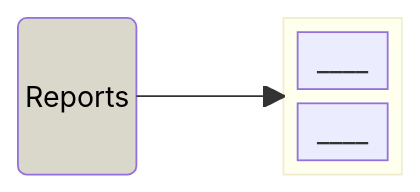
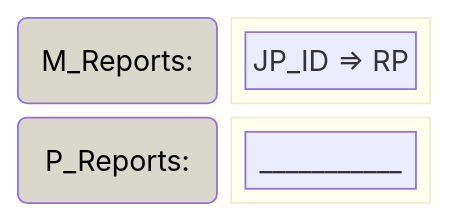
The fourth of 6 diagrams in docs/slidev/slides/Workflow-2.0.md (duclos-cavalcanti/TreeBuilder), drawn with Mermaid before and after one commit. The commit also changed other lines of this file and 4 other files, not shown here.

````diff
--- a/docs/slidev/slides/Workflow-2.0.md
+++ b/docs/slidev/slides/Workflow-2.0.md
@@ -87,14 +91,18 @@
 ```mermaid
 block-beta
-    R("<font color=black>Reports")
-    space
-    block:items
+    columns 2
+    RM("<font color=black>M_Reports:")
+    block:mitems
         columns 1
-        A["____"] 
-        B["____"] 
+        A["JP_ID => RP"] 
     end
 
-    R --> items
+    RP("<font color=black>P_Reports:")
+    block:pitems
+        columns 1
+        B["___________"] 
+    end
 
-    style R fill:#DAD7CB
+    style RM fill:#DAD7CB
+    style RP fill:#DAD7CB
 ```
````
